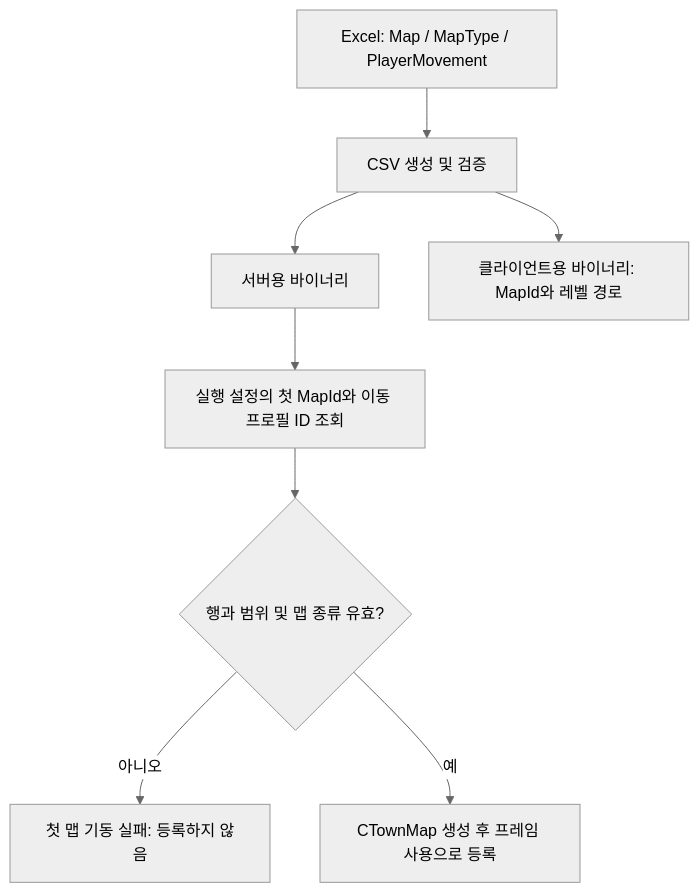
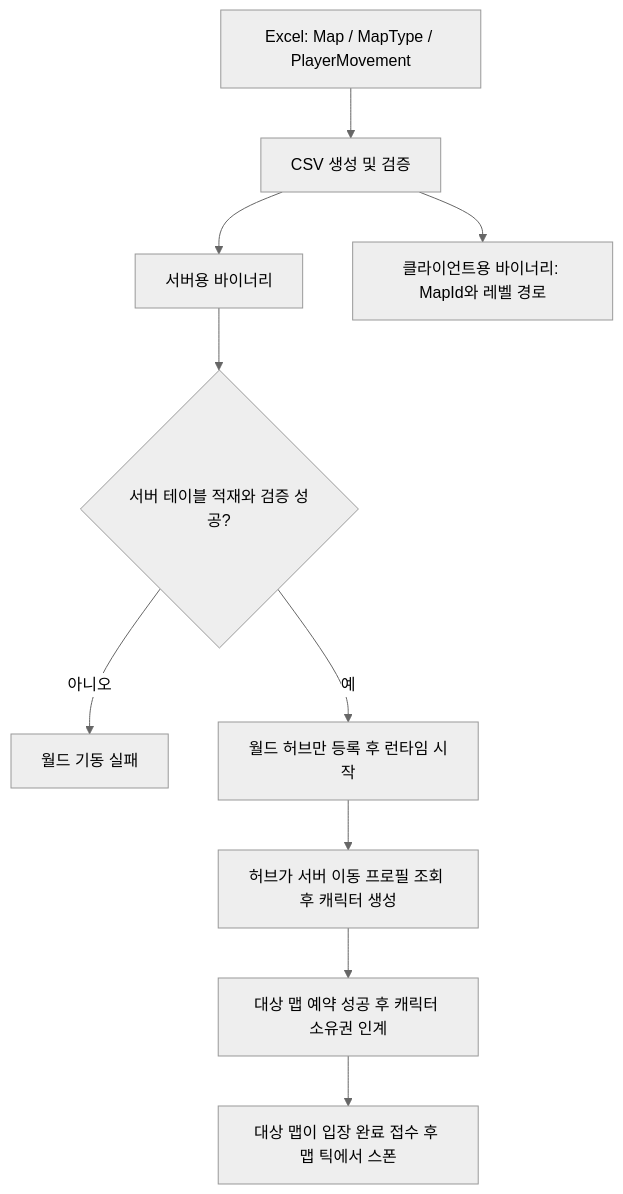
Before and after one commit to MyungHyun-Ahn/Portfolio: the first of 3 diagrams in 13_MMO_Project/Docs/Plan/Server/013_맵_콘텐츠와_마을_이동_계획.md, drawn with Mermaid (neutral theme). The commit also changed other lines of this file and 3 other files, not shown here.

````diff
--- a/13_MMO_Project/Docs/Plan/Server/013_맵_콘텐츠와_마을_이동_계획.md
+++ b/13_MMO_Project/Docs/Plan/Server/013_맵_콘텐츠와_마을_이동_계획.md
@@ -27,10 +27,12 @@
 ```mermaid
 flowchart TD
   A[Excel: Map / MapType / PlayerMovement] --> B[CSV 생성 및 검증]
   B --> C[서버용 바이너리]
   B --> D[클라이언트용 바이너리: MapId와 레벨 경로]
-  C --> E[실행 설정의 첫 MapId와 이동 프로필 ID 조회]
-  E --> F{행과 범위 및 맵 종류 유효?}
-  F -->|아니오| G[첫 맵 기동 실패: 등록하지 않음]
-  F -->|예| H[CTownMap 생성 후 프레임 사용으로 등록]
+  C --> E{서버 테이블 적재와 검증 성공?}
+  E -->|아니오| G[월드 기동 실패]
+  E -->|예| H[월드 허브만 등록 후 런타임 시작]
+  H --> I[허브가 서버 이동 프로필 조회 후 캐릭터 생성]
+  I --> J[대상 맵 예약 성공 후 캐릭터 소유권 인계]
+  J --> K[대상 맵이 입장 완료 접수 후 맵 틱에서 스폰]
 ```
````
